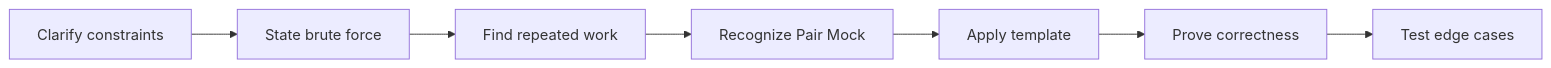
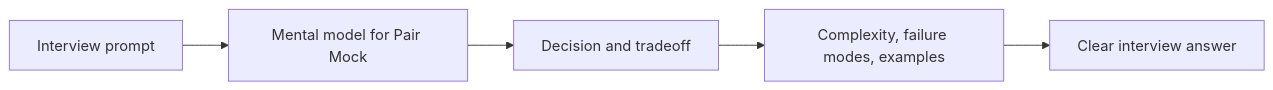
One commit to abstractinterviews/abstractinterviews.github.io changed the second of 2 diagrams in coding-round/mock-interviews/pair-mock/index.md. Above: the diagram before and after it, drawn with Mermaid. The commit also changed other lines of this file and 278 other files, not shown here.

````diff
--- a/coding-round/mock-interviews/pair-mock/index.md
+++ b/coding-round/mock-interviews/pair-mock/index.md
@@ -123,9 +121,7 @@
-~~~mermaid
+```mermaid
 flowchart LR
-    A["Clarify constraints"] --> B["State brute force"]
-    B --> C["Find repeated work"]
-    C --> D["Recognize Pair Mock"]
-    D --> E["Apply template"]
-    E --> F["Prove correctness"]
-    F --> G["Test edge cases"]
-~~~
+    Problem["Interview prompt"] --> Model["Mental model for Pair Mock"]
+    Model --> Choice["Decision and tradeoff"]
+    Choice --> Evidence["Complexity, failure modes, examples"]
+    Evidence --> Answer["Clear interview answer"]
+```
````
